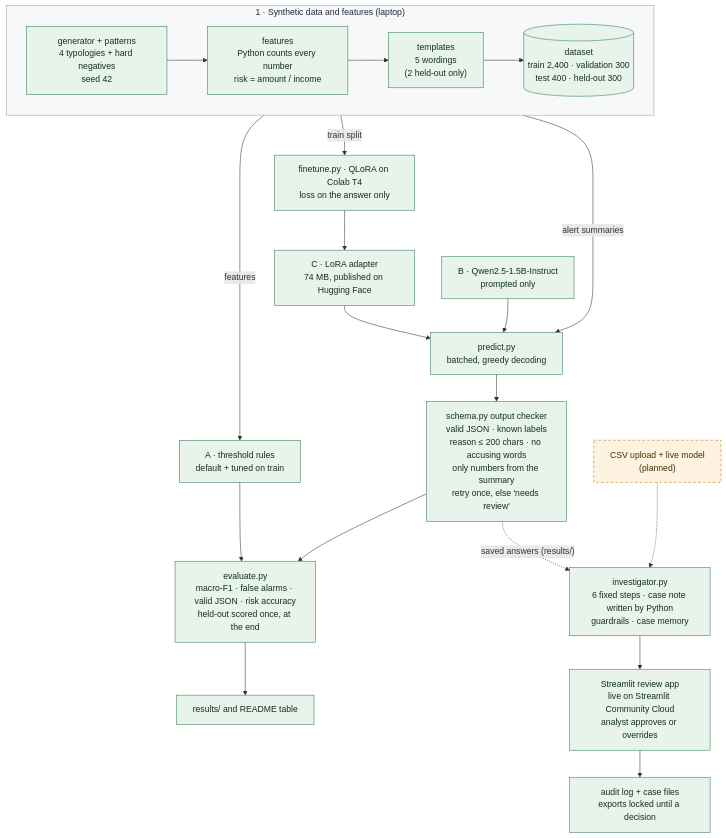
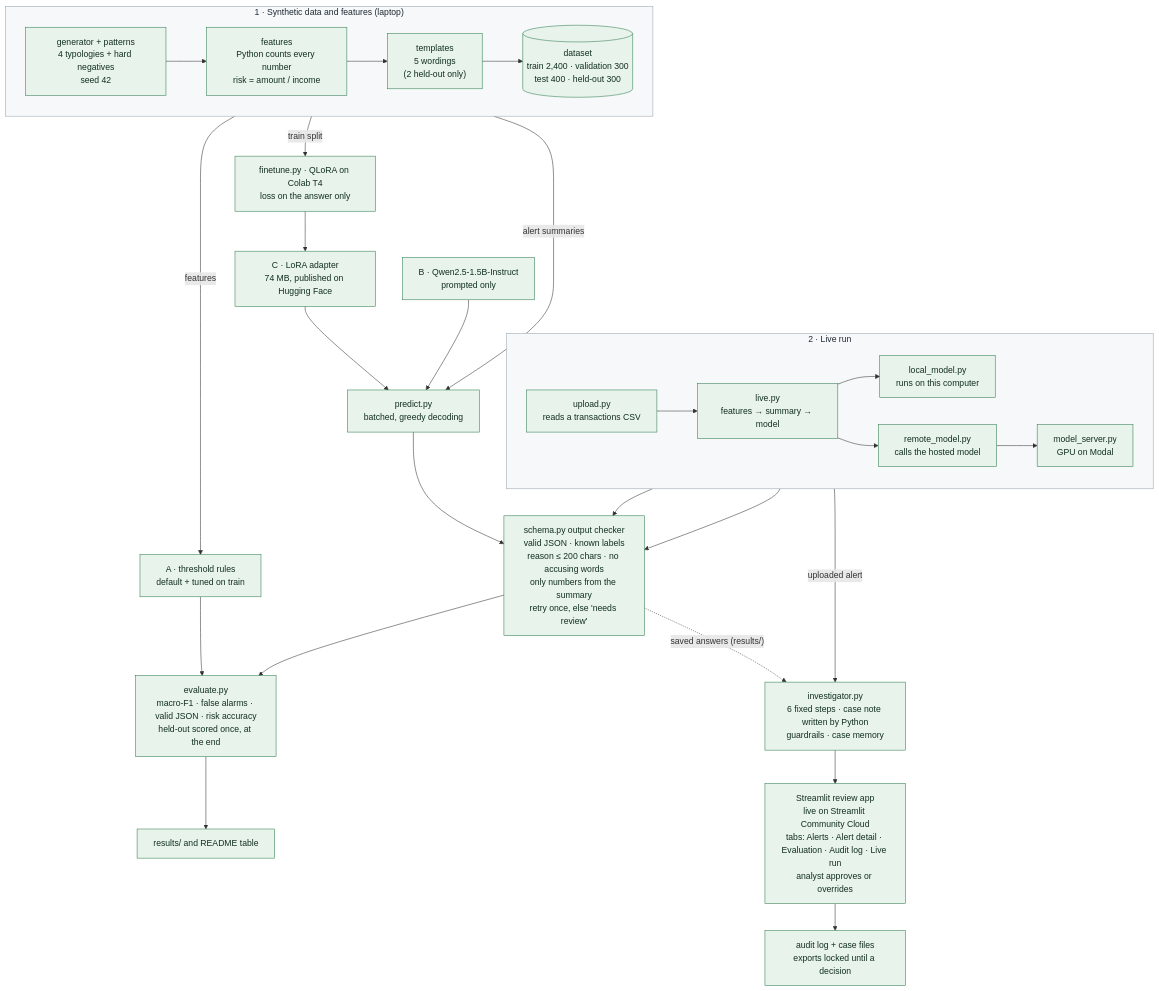
One commit to coachuttam/aml-alert-investigator changed the diagram in docs/architecture.mmd. Above: the diagram before and after it, drawn with Mermaid. The commit also changed 3 other files, not shown here.

First line of the commit message:
Show the live run as built in the architecture diagram and docs

```diff
--- a/docs/architecture.mmd
+++ b/docs/architecture.mmd
@@ -1,28 +1,37 @@
 flowchart TB
     subgraph DATA["1 · Synthetic data and features (laptop)"]
         direction LR
         GEN["generator + patterns<br/>4 typologies + hard negatives<br/>seed 42"] --> FEAT["features<br/>Python counts every number<br/>risk = amount / income"] --> TPL["templates<br/>5 wordings<br/>(2 held-out only)"] --> DS[("dataset<br/>train 2,400 · validation 300<br/>test 400 · held-out 300")]
     end
 
     DS -- "features" --> RULES["A · threshold rules<br/>default + tuned on train"]
     DS -- "train split" --> FT["finetune.py · QLoRA on Colab T4<br/>loss on the answer only"]
     DS -- "alert summaries" --> PRED["predict.py<br/>batched, greedy decoding"]
     FT --> AD["C · LoRA adapter<br/>74 MB, published on Hugging Face"]
     AD --> PRED
     BASE["B · Qwen2.5-1.5B-Instruct<br/>prompted only"] --> PRED
 
     PRED --> CHECK["schema.py output checker<br/>valid JSON · known labels<br/>reason ≤ 200 chars · no accusing words<br/>only numbers from the summary<br/>retry once, else 'needs review'"]
     RULES --> EV
     CHECK --> EV["evaluate.py<br/>macro-F1 · false alarms · valid JSON · risk accuracy<br/>held-out scored once, at the end"]
     EV --> RES["results/ and README table"]
 
     CHECK -. "saved answers (results/)" .-> INV["investigator.py<br/>6 fixed steps · case note written by Python<br/>guardrails · case memory"]
-    INV --> APP["Streamlit review app<br/>live on Streamlit Community Cloud<br/>analyst approves or overrides"]
+    INV --> APP["Streamlit review app<br/>live on Streamlit Community Cloud<br/>tabs: Alerts · Alert detail · Evaluation · Audit log · Live run<br/>analyst approves or overrides"]
     APP --> AUD["audit log + case files<br/>exports locked until a decision"]
-    UP["CSV upload + live model<br/>(planned)"] -.-> INV
+
+    subgraph LIVE["2 · Live run"]
+        direction LR
+        UP["upload.py<br/>reads a transactions CSV"] --> LV["live.py<br/>features → summary → model"]
+        LV --> LOC["local_model.py<br/>runs on this computer"]
+        LV --> REM["remote_model.py<br/>calls the hosted model"] --> SRV["model_server.py<br/>GPU on Modal"]
+    end
+
+    LOC --> CHECK
+    SRV --> CHECK
+    LV -- "uploaded alert" --> INV
 
     classDef done fill:#e8f3ec,stroke:#2f7d4f,color:#12301f;
-    classDef plan fill:#fdf3e0,stroke:#b9770e,color:#4a2f05,stroke-dasharray:5 4;
-    class GEN,FEAT,TPL,DS,RULES,BASE,FT,AD,PRED,CHECK,EV,RES,INV,APP,AUD done;
-    class UP plan;
+    class GEN,FEAT,TPL,DS,RULES,BASE,FT,AD,PRED,CHECK,EV,RES,INV,APP,AUD,UP,LV,LOC,REM,SRV done;
     style DATA fill:#f6f8fa,stroke:#9aa5b1,color:#1f2933
+    style LIVE fill:#f6f8fa,stroke:#9aa5b1,color:#1f2933
```
